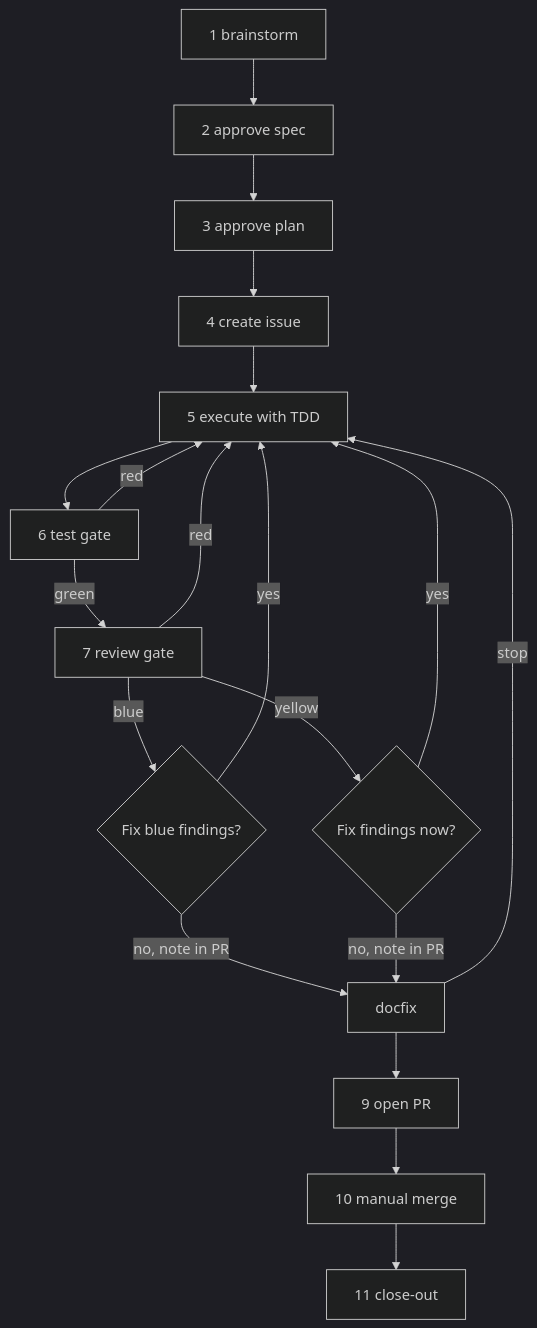
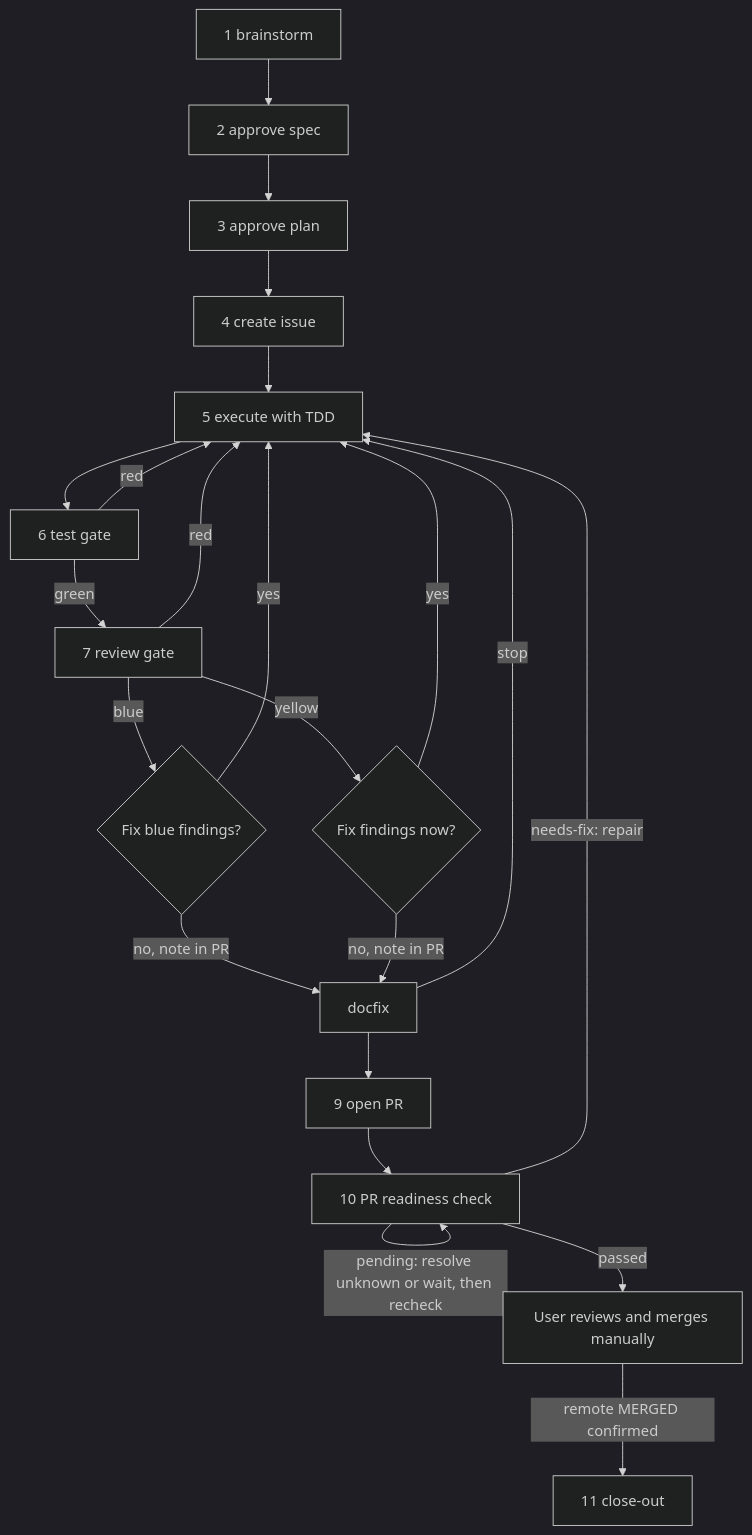
The diagram in README.md (vincy-cheng/skills), drawn with Mermaid (dark theme) before and after one commit. The commit also changed other lines of this file and 3 other files, not shown here.

````diff
--- a/README.md
+++ b/README.md
@@ -70,19 +70,22 @@
 ```mermaid
 flowchart TD
     brainstorm[1 brainstorm] --> spec[2 approve spec] --> plan[3 approve plan]
     plan --> issue[4 create issue] --> execute[5 execute with TDD]
     execute --> test[6 test gate]
     test -- red --> execute
     test -- green --> review[7 review gate]
     review -- red --> execute
     review -- blue --> bluechoice{Fix blue findings?}
     bluechoice -- yes --> execute
     bluechoice -- no, note in PR --> docfix
     review -- yellow --> choice{Fix findings now?}
     choice -- yes --> execute
     choice -- no, note in PR --> docfix
     docfix -- stop --> execute
     docfix --> pr[9 open PR]
-    pr --> merge[10 manual merge]
-    merge --> closeout[11 close-out]
+    pr --> check[10 PR readiness check]
+    check -->|pending: resolve unknown or wait, then recheck| check
+    check -->|needs-fix: repair| execute
+    check -->|passed| manual[User reviews and merges manually]
+    manual -->|remote MERGED confirmed| closeout[11 close-out]
 ```
````
